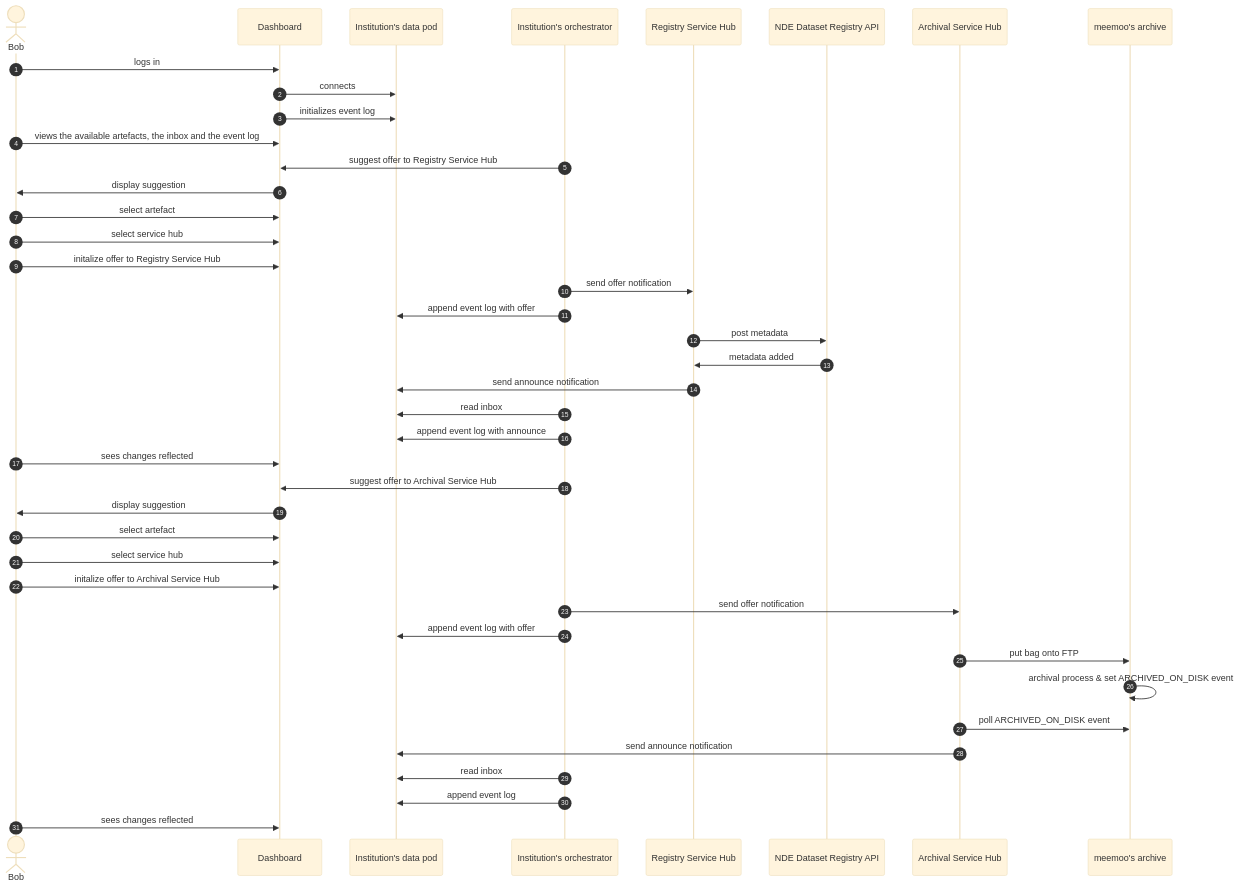
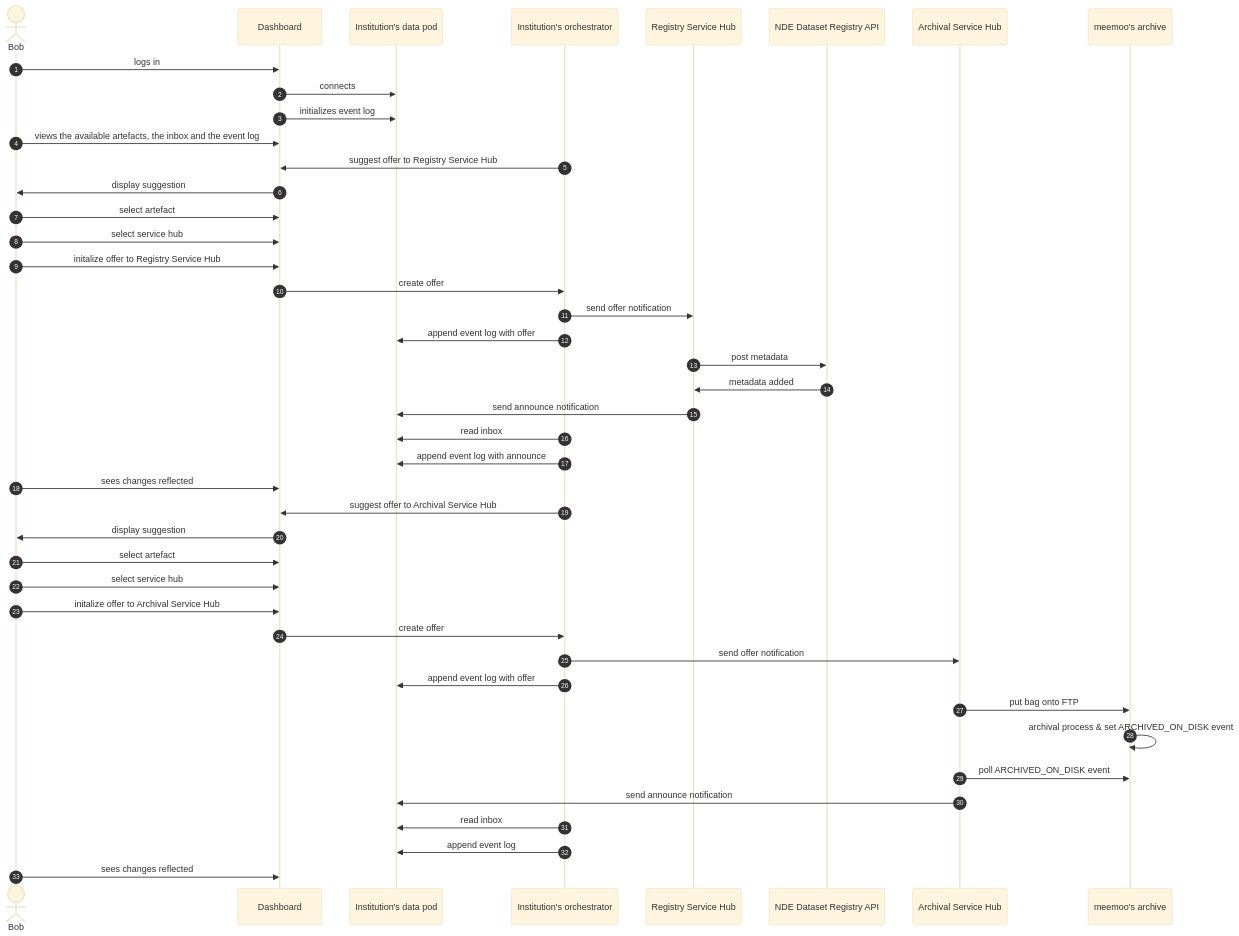
One commit to CRISalid-esr/spec-usecases changed the diagram in diagrams/heritage/bob-requests-service.md. Above: the diagram before and after it, drawn with Mermaid (base theme).

Commit message:
Add step between offer init and send in mermaid

````diff
--- a/diagrams/heritage/bob-requests-service.md
+++ b/diagrams/heritage/bob-requests-service.md
@@ -1,48 +1,48 @@
 ```mermaid
 sequenceDiagram
     actor Bob
     participant DA as Dashboard
     participant BP as Institution's data pod
     participant BO as Institution's orchestrator
     participant RSH as Registry Service Hub
     participant DR as NDE Dataset Registry API
     participant ASH as Archival Service Hub
     participant MA as meemoo's archive
 
     autonumber
     Bob ->> DA: logs in
     DA ->> BP: connects
     DA  ->> BP: initializes event log
     Bob ->> DA: views the available artefacts, the inbox and the event log
     
     BO ->> DA: suggest offer to Registry Service Hub
     DA ->> Bob: display suggestion
     Bob ->> DA: select artefact
     Bob ->> DA: select service hub
     Bob ->> DA: initalize offer to Registry Service Hub
-    
+    DA ->> BO: create offer
     BO ->> RSH: send offer notification
     BO ->> BP: append event log with offer
     RSH ->> DR: post metadata
     DR ->> RSH: metadata added
     RSH ->> BP: send announce notification
     BO ->> BP: read inbox
     BO ->> BP: append event log with announce
     Bob ->> DA: sees changes reflected
 
     BO ->> DA: suggest offer to Archival Service Hub
     DA ->> Bob: display suggestion
     Bob ->> DA: select artefact
     Bob ->> DA: select service hub
     Bob ->> DA: initalize offer to Archival Service Hub
-    
+    DA ->> BO: create offer
     BO ->> ASH: send offer notification
     BO ->> BP: append event log with offer
     ASH ->> MA: put bag onto FTP
     MA ->> MA: archival process & set ARCHIVED_ON_DISK event 
     ASH ->> MA: poll ARCHIVED_ON_DISK event
     ASH ->> BP: send announce notification
     BO ->> BP: read inbox
     BO ->> BP: append event log
     Bob ->> DA: sees changes reflected
 ```
````
